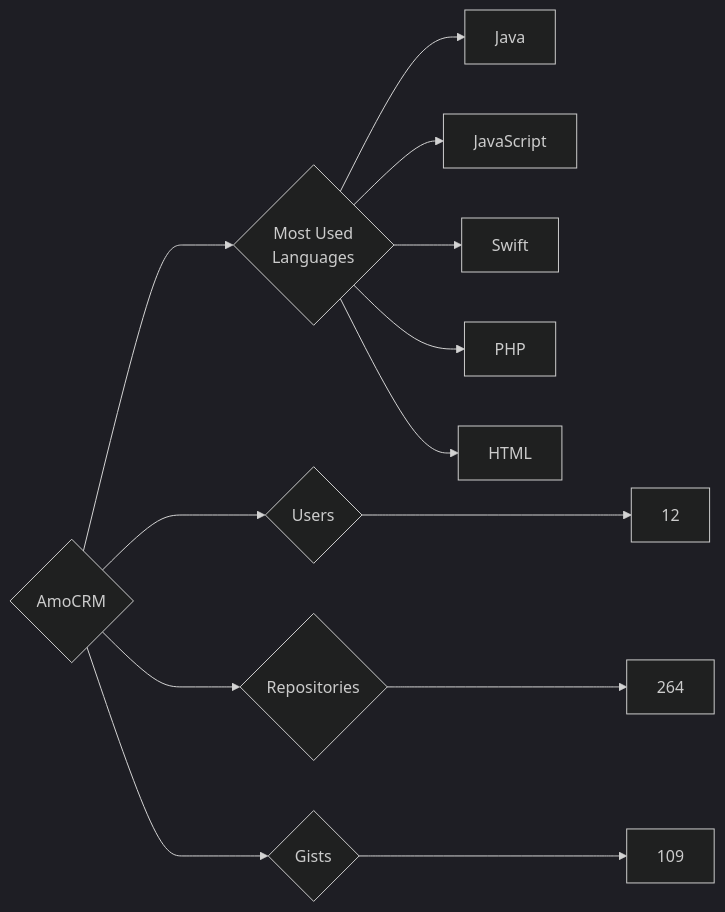
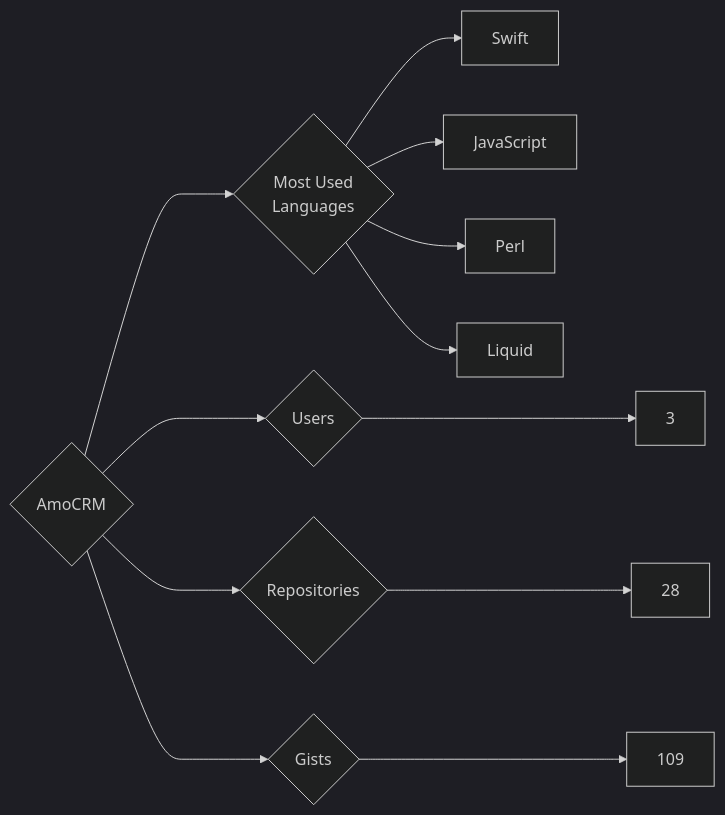
The diagram in targets/AmoCRM/README.md (trickest/insiders), drawn with Mermaid (dark theme) before and after one commit. The commit also changed 629 other files, not shown here.

````diff
--- a/targets/AmoCRM/README.md
+++ b/targets/AmoCRM/README.md
@@ -3,13 +3,12 @@
 ```mermaid
 graph LR
 COMPANY_NAME{AmoCRM}
-COMPANY_NAME ---> U{Users} ---> UN[12]
-COMPANY_NAME ---> R{Repositories} ---> RN[264]
+COMPANY_NAME ---> U{Users} ---> UN[3]
+COMPANY_NAME ---> R{Repositories} ---> RN[28]
 COMPANY_NAME ---> G{Gists} ---> GN[109]
 COMPANY_NAME ---> ML{Most Used<br>Languages}
-ML --> Java[Java]
+ML --> Swift[Swift]
 ML --> JavaScript[JavaScript]
-ML --> Swift[Swift]
-ML --> PHP[PHP]
-ML --> HTML[HTML]
+ML --> Perl[Perl]
+ML --> Liquid[Liquid]
 ```
````
